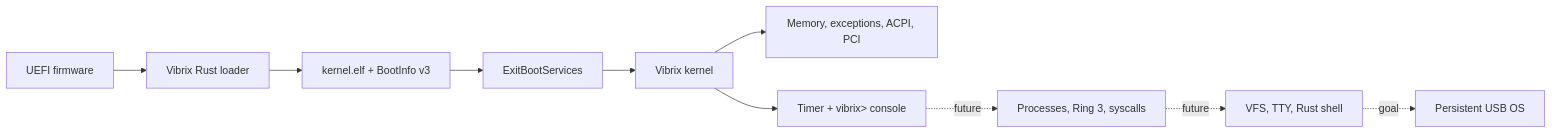
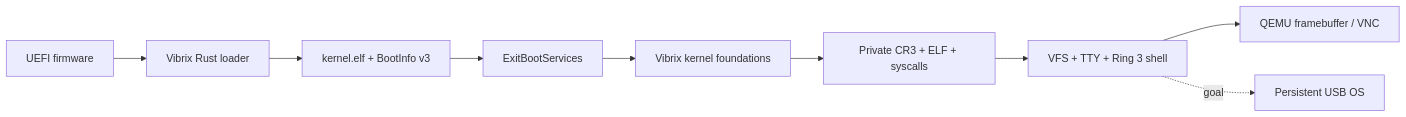
Before and after one commit to mixutin/Vibrix: the diagram in README.md, drawn with Mermaid. The commit also changed other lines of this file, not shown here.

Commit message:
docs: distinguish real userspace shell from legacy kernel console and document VNC

````diff
--- a/README.md
+++ b/README.md
@@ -67,12 +68,11 @@
 ```mermaid
 flowchart LR
     A["UEFI firmware"] --> B["Vibrix Rust loader"]
     B --> C["kernel.elf + BootInfo v3"]
     C --> D["ExitBootServices"]
-    D --> E["Vibrix kernel"]
-    E --> F["Memory, exceptions, ACPI, PCI"]
-    E --> G["Timer + vibrix> console"]
-    G -. future .-> H["Processes, Ring 3, syscalls"]
-    H -. future .-> I["VFS, TTY, Rust shell"]
-    I -. goal .-> J["Persistent USB OS"]
+    D --> E["Vibrix kernel foundations"]
+    E --> F["Private CR3 + ELF + syscalls"]
+    F --> G["VFS + TTY + Ring 3 shell"]
+    G --> H["QEMU framebuffer / VNC"]
+    G -. goal .-> I["Persistent USB OS"]
 ```
````
